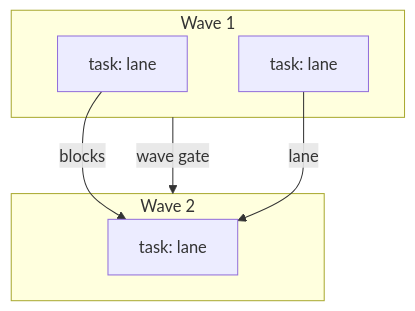
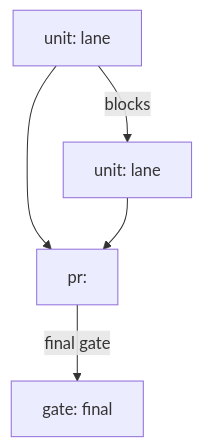
One commit to gfunc/skills changed the diagram in skills/start-dev/references/run-graph.md. Above: the diagram before and after it, drawn with Mermaid. The commit also changed other lines of this file and 45 other files, not shown here.

````diff
--- a/skills/start-dev/references/run-graph.md
+++ b/skills/start-dev/references/run-graph.md
@@ -7,13 +7,10 @@
 ```mermaid
 graph TD
-  subgraph W1[Wave 1]
-    T1[task: <id> lane <glob>]
-    T2[task: <id> lane <glob>]
-  end
-  subgraph W2[Wave 2]
-    T3[task: <id> lane <glob>]
-  end
-  T1 -->|blocks| T3
-  T2 -->|lane <glob>| T3
-  W1 -->|wave gate| W2
+  U1[unit: <id> lane <glob>]
+  U2[unit: <id> lane <glob>]
+  P[pr: <slug>]
+  U1 -->|blocks| U2
+  U1 --> P
+  U2 --> P
+  P -->|final gate| FG[gate: final]
 ```
````
